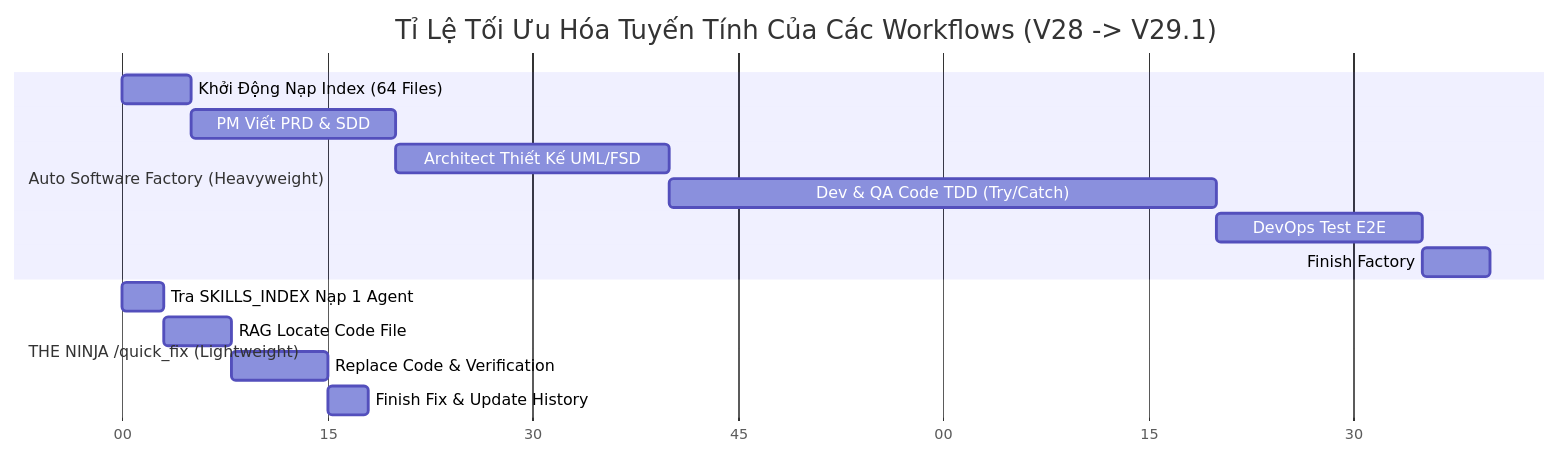
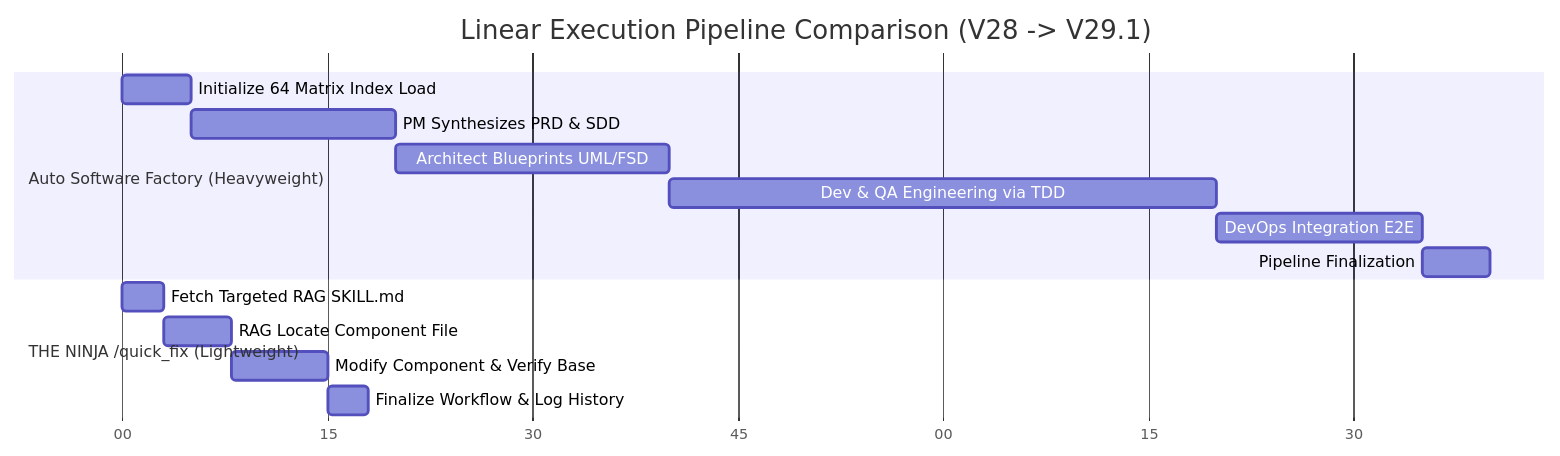
The third of 3 diagrams in V29.1_RELEASE_NOTES.md (huudangdev/.agents), drawn with Mermaid before and after one commit. The commit also changed other lines of this file and 2 other files, not shown here.

````diff
--- a/V29.1_RELEASE_NOTES.md
+++ b/V29.1_RELEASE_NOTES.md
@@ -118,20 +117,20 @@
 ```mermaid
 gantt
-    title Tỉ Lệ Tối Ưu Hóa Tuyến Tính Của Các Workflows (V28 -> V29.1)
+    title Linear Execution Pipeline Comparison (V28 -> V29.1)
     dateFormat  s
     axisFormat  %S
     
     section Auto Software Factory (Heavyweight)
-    Khởi Động Nạp Index (64 Files)     :a1, 0, 5s
-    PM Viết PRD & SDD    :a2, after a1, 15s
-    Architect Thiết Kế UML/FSD  :a3, after a2, 20s
-    Dev & QA Code TDD (Try/Catch) :a4, after a3, 40s
-    DevOps Test E2E      :a5, after a4, 15s
-    Finish Factory       :a6, after a5, 5s
+    Initialize 64 Matrix Index Load :a1, 0, 5s
+    PM Synthesizes PRD & SDD        :a2, after a1, 15s
+    Architect Blueprints UML/FSD    :a3, after a2, 20s
+    Dev & QA Engineering via TDD    :a4, after a3, 40s
+    DevOps Integration E2E          :a5, after a4, 15s
+    Pipeline Finalization           :a6, after a5, 5s
     
     section THE NINJA /quick_fix (Lightweight)
-    Tra SKILLS_INDEX Nạp 1 Agent     :b1, 0, 3s
-    RAG Locate Code File             :b2, after b1, 5s
-    Replace Code & Verification      :b3, after b2, 7s
-    Finish Fix & Update History      :b4, after b3, 3s
+    Fetch Targeted RAG SKILL.md     :b1, 0, 3s
+    RAG Locate Component File       :b2, after b1, 5s
+    Modify Component & Verify Base  :b3, after b2, 7s
+    Finalize Workflow & Log History :b4, after b3, 3s
 ```
````
